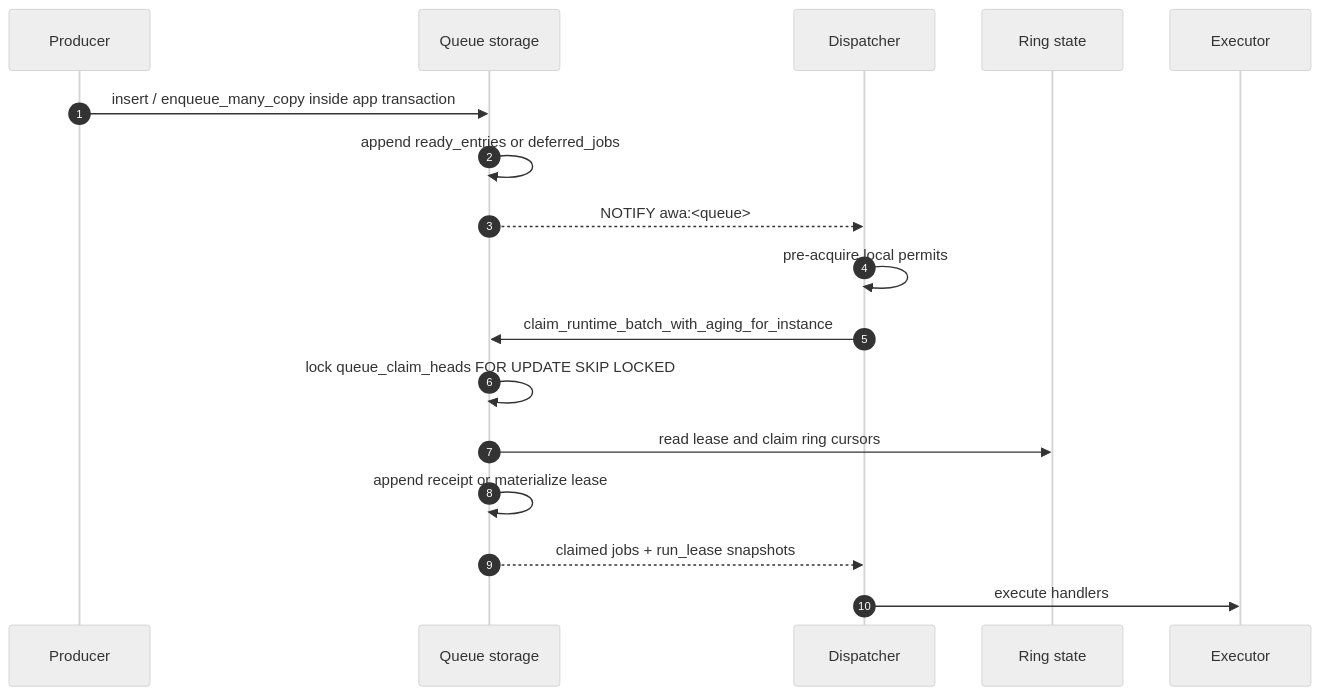
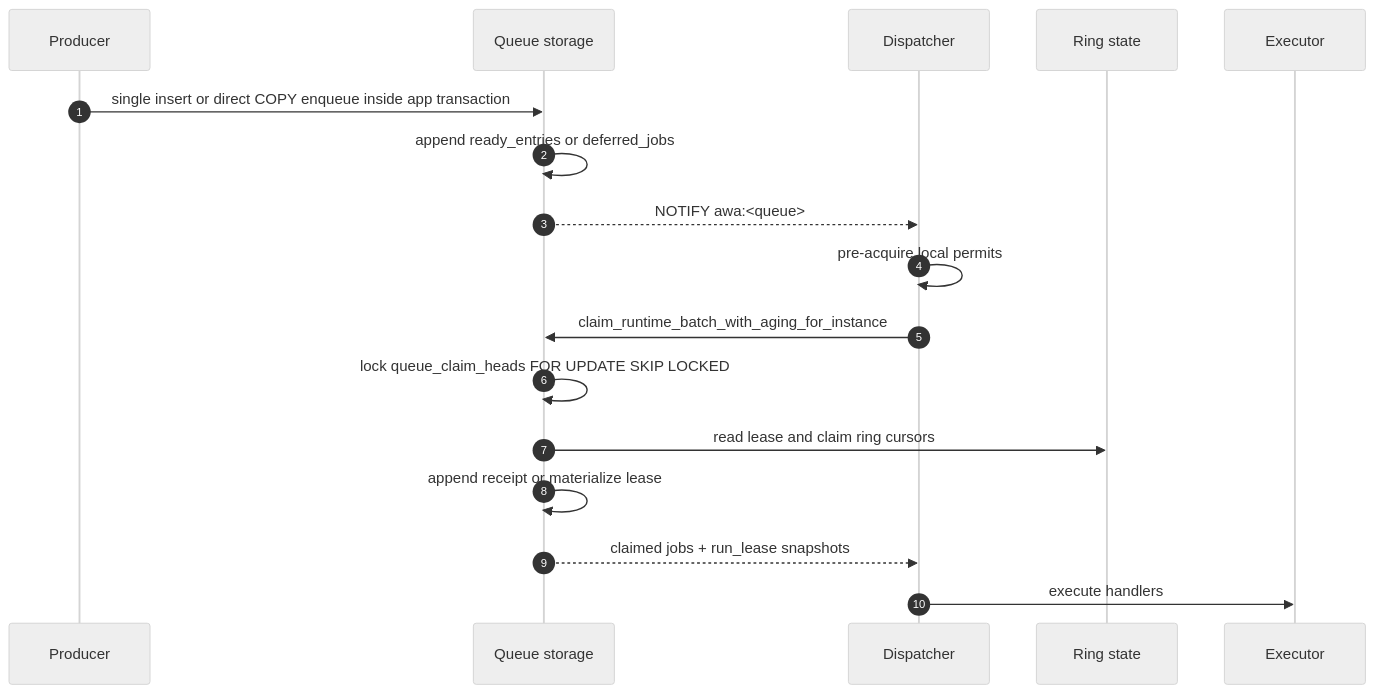
The first of 2 diagrams in docs/architecture.md (hardbyte/awa), drawn with Mermaid (neutral theme) before and after one commit. The commit also changed 17 other files, not shown here.

Commit message:
Add direct copy producer path and backlog benchmark

````diff
--- a/docs/architecture.md
+++ b/docs/architecture.md
@@ -143,20 +143,20 @@
 ```mermaid
 sequenceDiagram
     autonumber
     participant P as Producer
     participant Q as Queue storage
     participant D as Dispatcher
     participant R as Ring state
     participant E as Executor
 
-    P->>Q: insert / enqueue_many_copy inside app transaction
+    P->>Q: single insert or direct COPY enqueue inside app transaction
     Q->>Q: append ready_entries or deferred_jobs
     Q-->>D: NOTIFY awa:<queue>
     D->>D: pre-acquire local permits
     D->>Q: claim_runtime_batch_with_aging_for_instance
     Q->>Q: lock queue_claim_heads FOR UPDATE SKIP LOCKED
     Q->>R: read lease and claim ring cursors
     Q->>Q: append receipt or materialize lease
     Q-->>D: claimed jobs + run_lease snapshots
     D->>E: execute handlers
 ```
````
